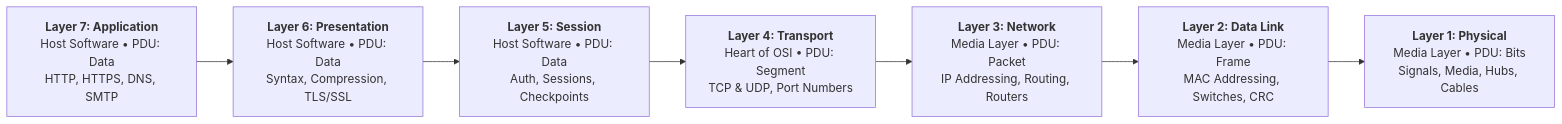
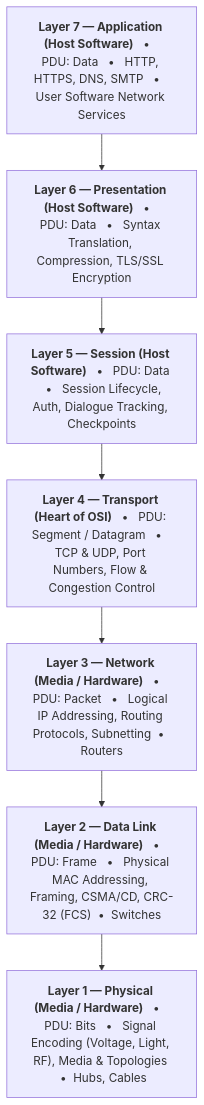
One commit to rohithgowda18/Notes changed the first of 5 diagrams in 03-Computer-Networks/OSI-Model-7-Layers.md. Above: the diagram before and after it, drawn with Mermaid. The commit also changed other lines of this file, not shown here.

Commit message:
style: keep vertical flowchart TD with wide horizontal banner cards for minimal vertical space and max readability

````diff
--- a/03-Computer-Networks/OSI-Model-7-Layers.md
+++ b/03-Computer-Networks/OSI-Model-7-Layers.md
@@ -36,12 +36,12 @@
 ```mermaid
-flowchart LR
-    L7["<b>Layer 7: Application</b><br/>Host Software &bull; PDU: Data<br/>HTTP, HTTPS, DNS, SMTP"]
-    L6["<b>Layer 6: Presentation</b><br/>Host Software &bull; PDU: Data<br/>Syntax, Compression, TLS/SSL"]
-    L5["<b>Layer 5: Session</b><br/>Host Software &bull; PDU: Data<br/>Auth, Sessions, Checkpoints"]
-    L4["<b>Layer 4: Transport</b><br/>Heart of OSI &bull; PDU: Segment<br/>TCP & UDP, Port Numbers"]
-    L3["<b>Layer 3: Network</b><br/>Media Layer &bull; PDU: Packet<br/>IP Addressing, Routing, Routers"]
-    L2["<b>Layer 2: Data Link</b><br/>Media Layer &bull; PDU: Frame<br/>MAC Addressing, Switches, CRC"]
-    L1["<b>Layer 1: Physical</b><br/>Media Layer &bull; PDU: Bits<br/>Signals, Media, Hubs, Cables"]
+flowchart TD
+    L7["<b>Layer 7 — Application (Host Software)</b> &nbsp;&nbsp;&bull;&nbsp;&nbsp; PDU: Data &nbsp;&nbsp;&bull;&nbsp;&nbsp; HTTP, HTTPS, DNS, SMTP &nbsp;&nbsp;&bull;&nbsp;&nbsp; User Software Network Services"]
+    L6["<b>Layer 6 — Presentation (Host Software)</b> &nbsp;&nbsp;&bull;&nbsp;&nbsp; PDU: Data &nbsp;&nbsp;&bull;&nbsp;&nbsp; Syntax Translation, Compression, TLS/SSL Encryption"]
+    L5["<b>Layer 5 — Session (Host Software)</b> &nbsp;&nbsp;&bull;&nbsp;&nbsp; PDU: Data &nbsp;&nbsp;&bull;&nbsp;&nbsp; Session Lifecycle, Auth, Dialogue Tracking, Checkpoints"]
+    L4["<b>Layer 4 — Transport (Heart of OSI)</b> &nbsp;&nbsp;&bull;&nbsp;&nbsp; PDU: Segment / Datagram &nbsp;&nbsp;&bull;&nbsp;&nbsp; TCP & UDP, Port Numbers, Flow & Congestion Control"]
+    L3["<b>Layer 3 — Network (Media / Hardware)</b> &nbsp;&nbsp;&bull;&nbsp;&nbsp; PDU: Packet &nbsp;&nbsp;&bull;&nbsp;&nbsp; Logical IP Addressing, Routing Protocols, Subnetting &nbsp;&bull;&nbsp; Routers"]
+    L2["<b>Layer 2 — Data Link (Media / Hardware)</b> &nbsp;&nbsp;&bull;&nbsp;&nbsp; PDU: Frame &nbsp;&nbsp;&bull;&nbsp;&nbsp; Physical MAC Addressing, Framing, CSMA/CD, CRC-32 (FCS) &nbsp;&bull;&nbsp; Switches"]
+    L1["<b>Layer 1 — Physical (Media / Hardware)</b> &nbsp;&nbsp;&bull;&nbsp;&nbsp; PDU: Bits &nbsp;&nbsp;&bull;&nbsp;&nbsp; Signal Encoding (Voltage, Light, RF), Media & Topologies &nbsp;&bull;&nbsp; Hubs, Cables"]
 
     L7 --> L6 --> L5 --> L4 --> L3 --> L2 --> L1
 ```
````
